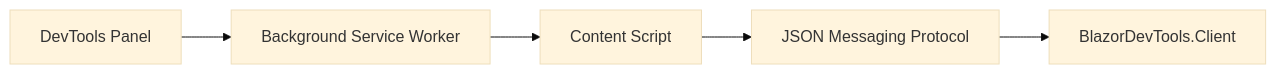
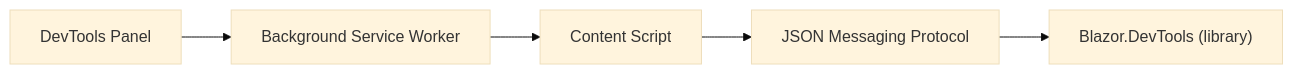
The diagram in README.md (mistahoward/blazor-dev-tools), drawn with Mermaid (base theme) before and after one commit. The commit also changed other lines of this file and 11 other files, not shown here.

````diff
--- a/README.md
+++ b/README.md
@@ -128,13 +299,13 @@
 ```mermaid
 flowchart LR
   devtoolsPanel["DevTools Panel"]
   backgroundSw["Background Service Worker"]
   contentScript["Content Script"]
   jsonProtocol["JSON Messaging Protocol"]
-  blazorLib["BlazorDevTools.Client"]
+  blazorLib["Blazor.DevTools (library)"]
 
   devtoolsPanel --> backgroundSw
   backgroundSw --> contentScript
   contentScript --> jsonProtocol
   jsonProtocol --> blazorLib
 ```
````
